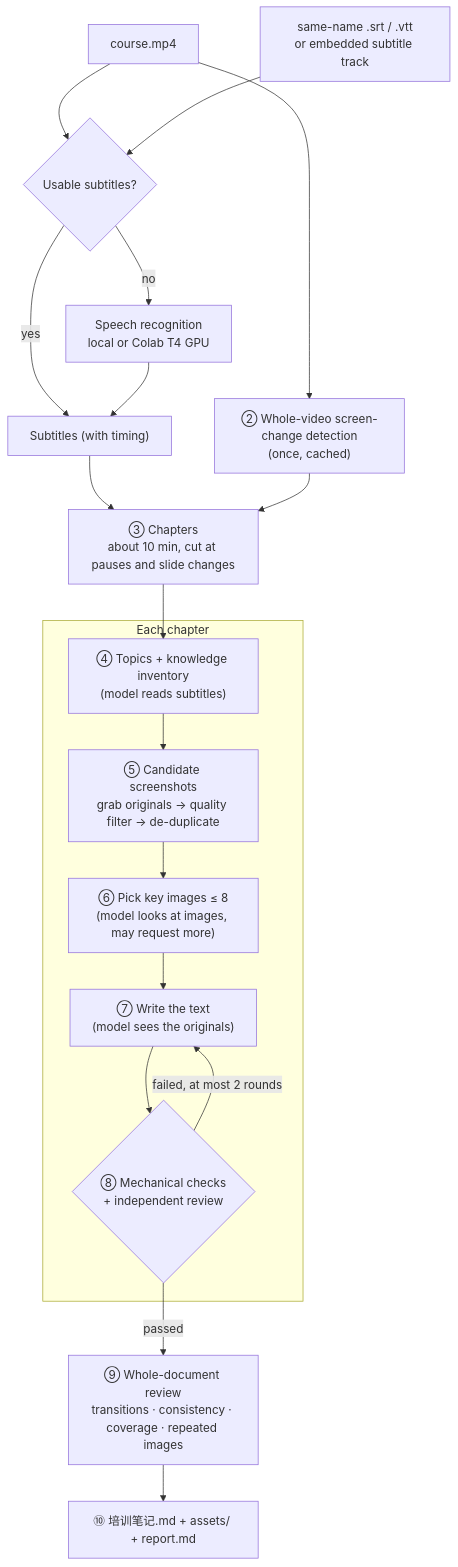
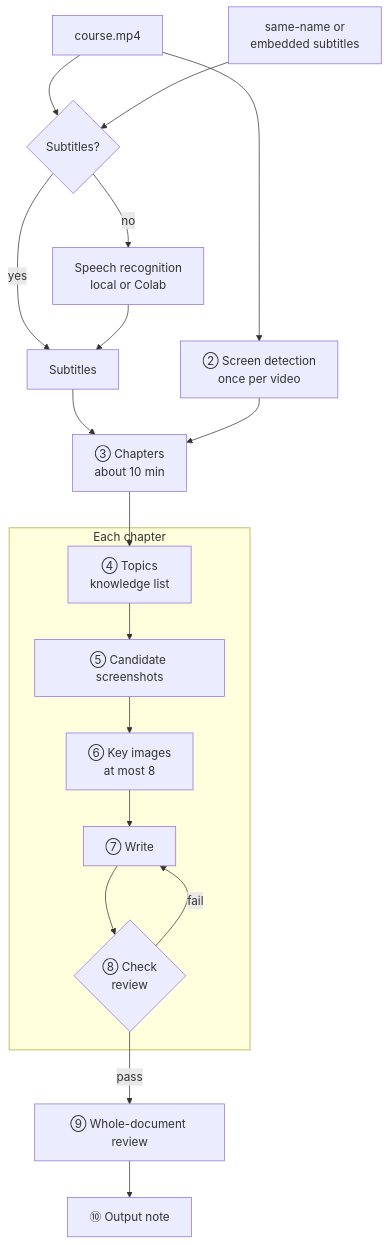
One commit to songyang8964/video-notes changed the fourth of 7 diagrams in README.en.md. Above: the diagram before and after it, drawn with Mermaid. The commit also changed other lines of this file and 2 other files, not shown here.

Commit message:
README: usage first, short diagram labels, timeline as a table

````diff
--- a/README.en.md
+++ b/README.en.md
@@ -94,22 +319,20 @@
 ```mermaid
 flowchart TD
-    V["course.mp4"] --> S{"Usable subtitles?"}
-    SUB["same-name .srt / .vtt<br/>or embedded subtitle track"] --> S
-    S -- yes --> CUES["Subtitles (with timing)"]
-    S -- no --> ASR["Speech recognition<br/>local or Colab T4 GPU"] --> CUES
-    V --> DET["② Whole-video screen-change detection<br/>(once, cached)"]
-    CUES --> CH["③ Chapters<br/>about 10 min, cut at pauses and slide changes"]
+    V["course.mp4"] --> S{"Subtitles?"}
+    SUB["same-name or<br/>embedded subtitles"] --> S
+    S -- yes --> CUES["Subtitles"]
+    S -- no --> ASR["Speech recognition<br/>local or Colab"] --> CUES
+    V --> DET["② Screen detection<br/>once per video"]
+    CUES --> CH["③ Chapters<br/>about 10 min"]
     DET --> CH
     CH --> P
-
     subgraph LOOP["Each chapter"]
-        P["④ Topics + knowledge inventory<br/>(model reads subtitles)"] --> C["⑤ Candidate screenshots<br/>grab originals → quality filter → de-duplicate"]
-        C --> SEL["⑥ Pick key images ≤ 8<br/>(model looks at images, may request more)"]
-        SEL --> W["⑦ Write the text<br/>(model sees the originals)"]
-        W --> CHK{"⑧ Mechanical checks<br/>+ independent review"}
-        CHK -- failed, at most 2 rounds --> W
+        P["④ Topics<br/>knowledge list"] --> C["⑤ Candidate screenshots"]
+        C --> SEL["⑥ Key images<br/>at most 8"]
+        SEL --> W["⑦ Write"]
+        W --> CHK{"⑧ Check<br/>review"}
+        CHK -- fail --> W
     end
-
-    CHK -- passed --> G["⑨ Whole-document review<br/>transitions · consistency · coverage · repeated images"]
-    G --> OUT["⑩ 培训笔记.md + assets/ + report.md"]
+    CHK -- pass --> G["⑨ Whole-document review"]
+    G --> OUT["⑩ Output note"]
 ```
````
